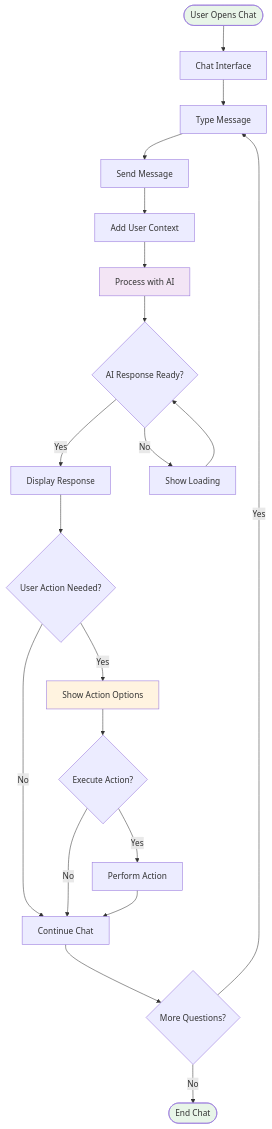
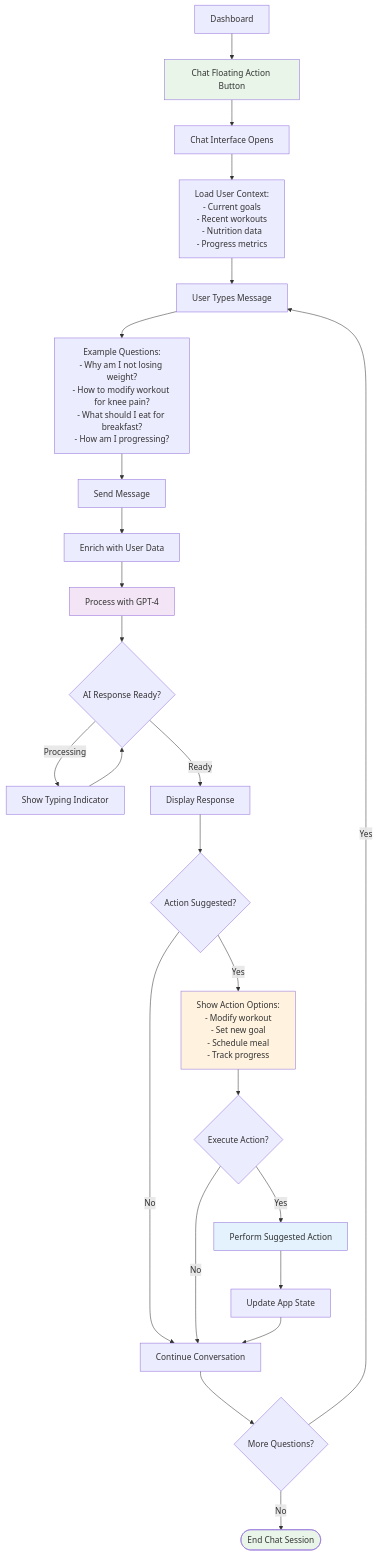
Before and after one commit to gs-admin1/hashimfit-voicecoach: the sixth of 8 diagrams in docs/USER_FLOWS.md, drawn with Mermaid. The commit also changed other lines of this file and 5 other files, not shown here.

````diff
--- a/docs/USER_FLOWS.md
+++ b/docs/USER_FLOWS.md
@@ -110,32 +200,38 @@
 ```mermaid
 flowchart TD
-    Start([User Opens Chat]) --> ChatInterface[Chat Interface]
-    ChatInterface --> Message[Type Message]
+    Dashboard[Dashboard] --> ChatFAB[Chat Floating Action Button]
+    ChatFAB --> ChatInterface[Chat Interface Opens]
+    ChatInterface --> Context[Load User Context:<br/>- Current goals<br/>- Recent workouts<br/>- Nutrition data<br/>- Progress metrics]
     
-    Message --> Send[Send Message]
-    Send --> Context[Add User Context]
-    Context --> AI[Process with AI]
+    Context --> Message[User Types Message]
+    Message --> Examples["Example Questions:<br/>- Why am I not losing weight?<br/>- How to modify workout for knee pain?<br/>- What should I eat for breakfast?<br/>- How am I progressing?"]
+    
+    Examples --> Send[Send Message]
+    Send --> EnrichContext[Enrich with User Data]
+    EnrichContext --> AI[Process with GPT-4]
     
     AI --> Response{AI Response Ready?}
-    Response -->|Yes| Display[Display Response]
-    Response -->|No| Loading[Show Loading]
+    Response -->|Processing| Loading[Show Typing Indicator]
     Loading --> Response
+    Response -->|Ready| Display[Display Response]
     
-    Display --> Action{User Action Needed?}
-    Action -->|Yes| ActionPrompt[Show Action Options]
-    Action -->|No| Continue[Continue Chat]
+    Display --> ActionSuggestion{Action Suggested?}
+    ActionSuggestion -->|Yes| ActionPrompt[Show Action Options:<br/>- Modify workout<br/>- Set new goal<br/>- Schedule meal<br/>- Track progress]
+    ActionSuggestion -->|No| Continue[Continue Conversation]
     
     ActionPrompt --> Execute{Execute Action?}
-    Execute -->|Yes| PerformAction[Perform Action]
+    Execute -->|Yes| PerformAction[Perform Suggested Action]
     Execute -->|No| Continue
     
-    PerformAction --> Continue
+    PerformAction --> UpdateApp[Update App State]
+    UpdateApp --> Continue
     Continue --> More{More Questions?}
     More -->|Yes| Message
-    More -->|No| End([End Chat])
+    More -->|No| End([End Chat Session])
     
-    style Start fill:#e8f5e8
+    style ChatFAB fill:#e8f5e8
     style AI fill:#f3e5f5
     style ActionPrompt fill:#fff3e0
+    style PerformAction fill:#e3f2fd
     style End fill:#e8f5e8
 ```
````
